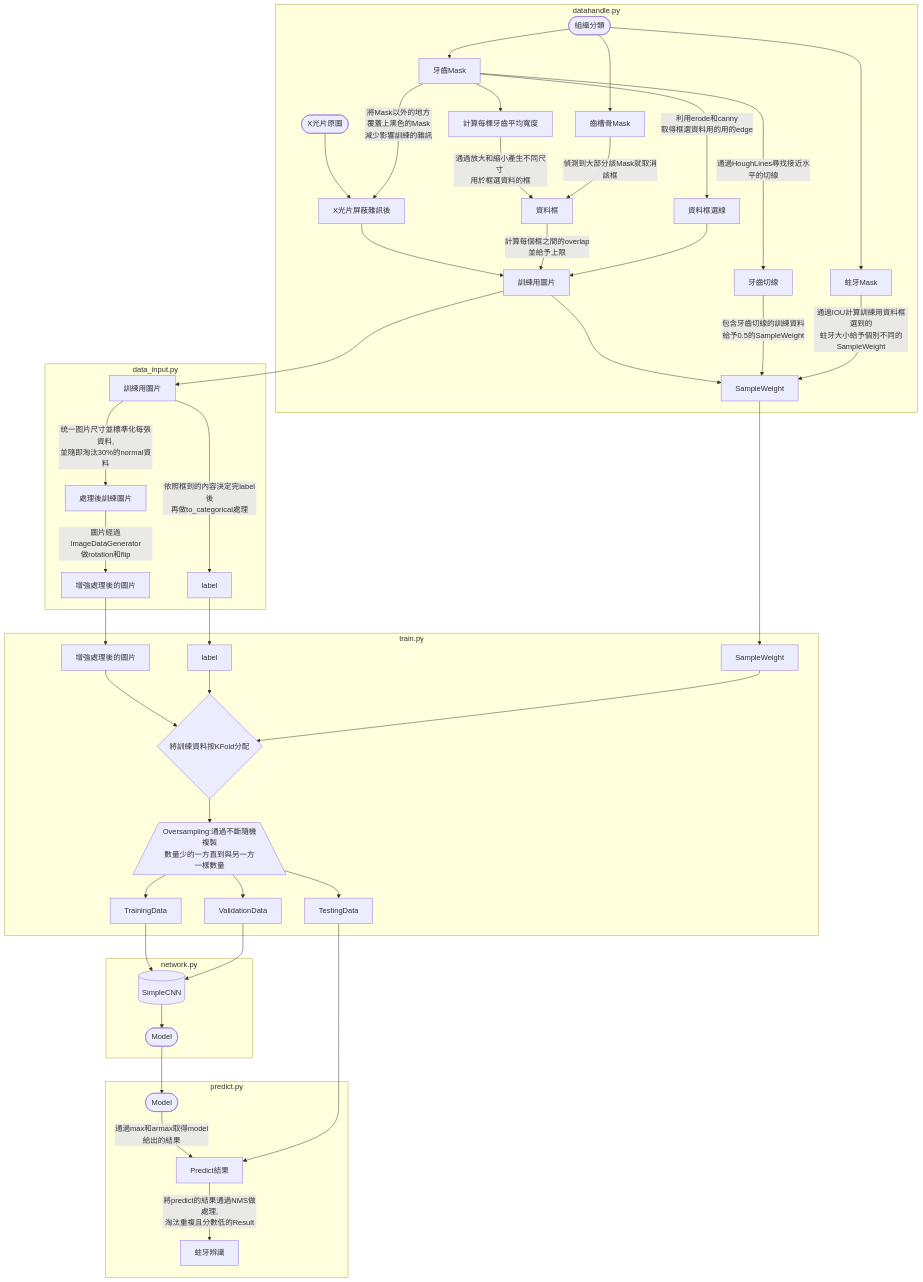
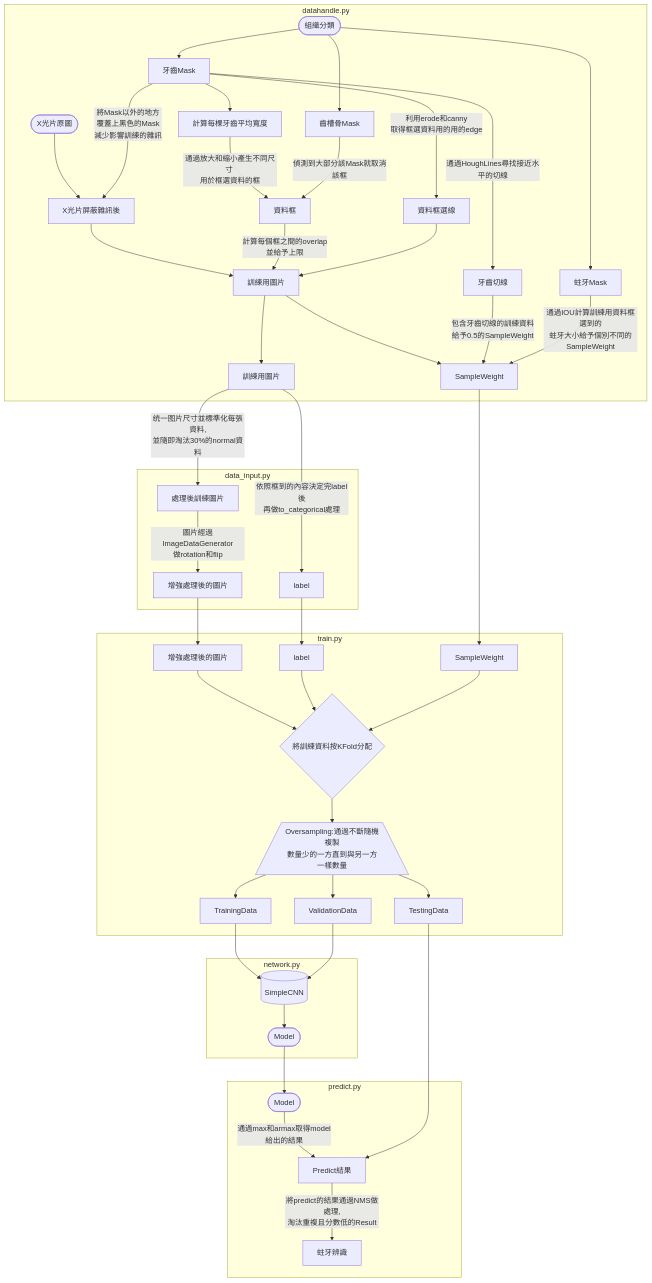
Before and after one commit to JasonYeongg/CariesDetection: the diagram in Edge Frame Detection/README.md, drawn with Mermaid. The commit also changed other lines of this file, not shown here.

````diff
--- a/Edge Frame Detection/README.md
+++ b/Edge Frame Detection/README.md
@@ -63,50 +63,50 @@
 ```mermaid
 flowchart TD
 subgraph datahandle.py
 A([X光片原圖]) --> F[X光片屏蔽雜訊後]
 B([組織分類]) --> C[牙齒Mask]
 B --> D[蛀牙Mask]
 B --> E[齒槽骨Mask]
 C --> G[計算每棵牙齒平均寬度]
 C -->|將Mask以外的地方 \n覆蓋上黑色的Mask \n減少影響訓練的雜訊| F
 C -->|利用erode和canny \n取得框選資料用的用的edge| H[資料框選線]
 G -->|通過放大和縮小產生不同尺寸 \n用於框選資料的框| I[資料框]
 E -->|偵測到大部分該Mask就取消該框| I
 F --> J[訓練用圖片]
 I -->|計算每個框之間的overlap\n並給予上限| J
 H --> J
 C -->|通過HoughLines尋找接近水平的切線| K[牙齒切線]
 J --> L[SampleWeight]
 K -->|包含牙齒切線的訓練資料\n給予0.5的SampleWeight| L
 D -->|通過IOU計算訓練用資料框選到的\n蛀牙大小給予個別不同的SampleWeight| L
+J --> J1[訓練用圖片]
 end
 subgraph data_input.py
-J --> J1[訓練用圖片]
 J1 -->|统一图片尺寸並標準化每張資料,\n並隨即淘汰30%的normal資料| M[處理後訓練圖片]
 J1 -->|依照框到的內容決定完label後\n再做to_categorical處理| N[label]
 M -->|圖片經過ImageDataGenerator\n做rotation和flip| O[增強處理後的圖片]
 end
 subgraph train.py
 O --> O1[增強處理後的圖片]
 N --> N1[label]
 L --> L1[SampleWeight]
 O1 --> P{將訓練資料按KFold分配}
 N1 --> P
 L1 --> P
 P --> Q[/Oversampling:通過不斷隨機複製\n數量少的一方直到與另一方一樣數量\]
 Q --> Q1[TrainingData]
 Q --> Q2[ValidationData]
 Q --> Q3[TestingData]
 end
 subgraph network.py
 Q1 --> R[(SimpleCNN)]
 Q2 --> R[(SimpleCNN)]
 R --> S([Model])
 end
 subgraph predict.py
 S --> S1([Model])
 S1 --> |通過max和armax取得model給出的結果| SA[Predict結果]
 Q3 --> SA
 SA --> |將predict的結果通過NMS做處理,\n淘汰重複且分數低的Result| SR[蛀牙辨識]
 end
 ```
````
